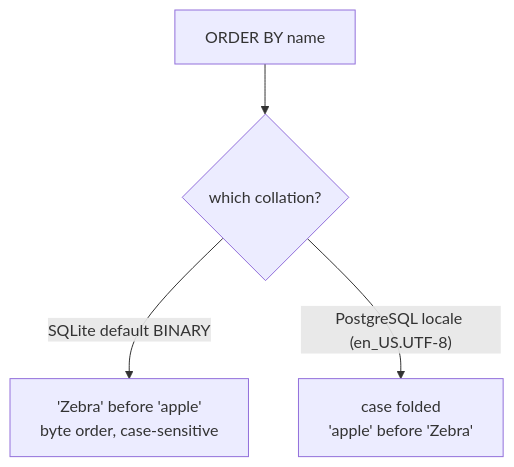
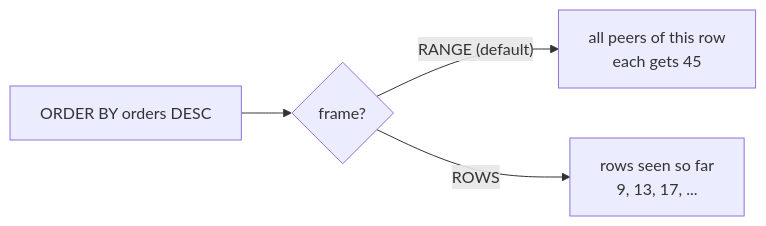
One commit to theakhandpatel/querycraft changed the diagram in web/src/data/content/x3.md. Above: the diagram before and after it, drawn with Mermaid. The commit also changed other lines of this file and 61 other files, not shown here.

````diff
--- a/web/src/data/content/x3.md
+++ b/web/src/data/content/x3.md
@@ -45,6 +122,6 @@
 ```mermaid
-flowchart TD
-    Q["ORDER BY name"] --> B{"which collation?"}
-    B -->|"SQLite default BINARY"| C["'Zebra' before 'apple'<br/>byte order, case-sensitive"]
-    B -->|"PostgreSQL locale (en_US.UTF-8)"| D["case folded<br/>'apple' before 'Zebra'"]
+flowchart LR
+    O["ORDER BY orders DESC"] --> R{"frame?"}
+    R -->|"RANGE (default)"| P["all peers of this row<br/>each gets 45"]
+    R -->|"ROWS"| S["rows seen so far<br/>9, 13, 17, ..."]
 ```
````
